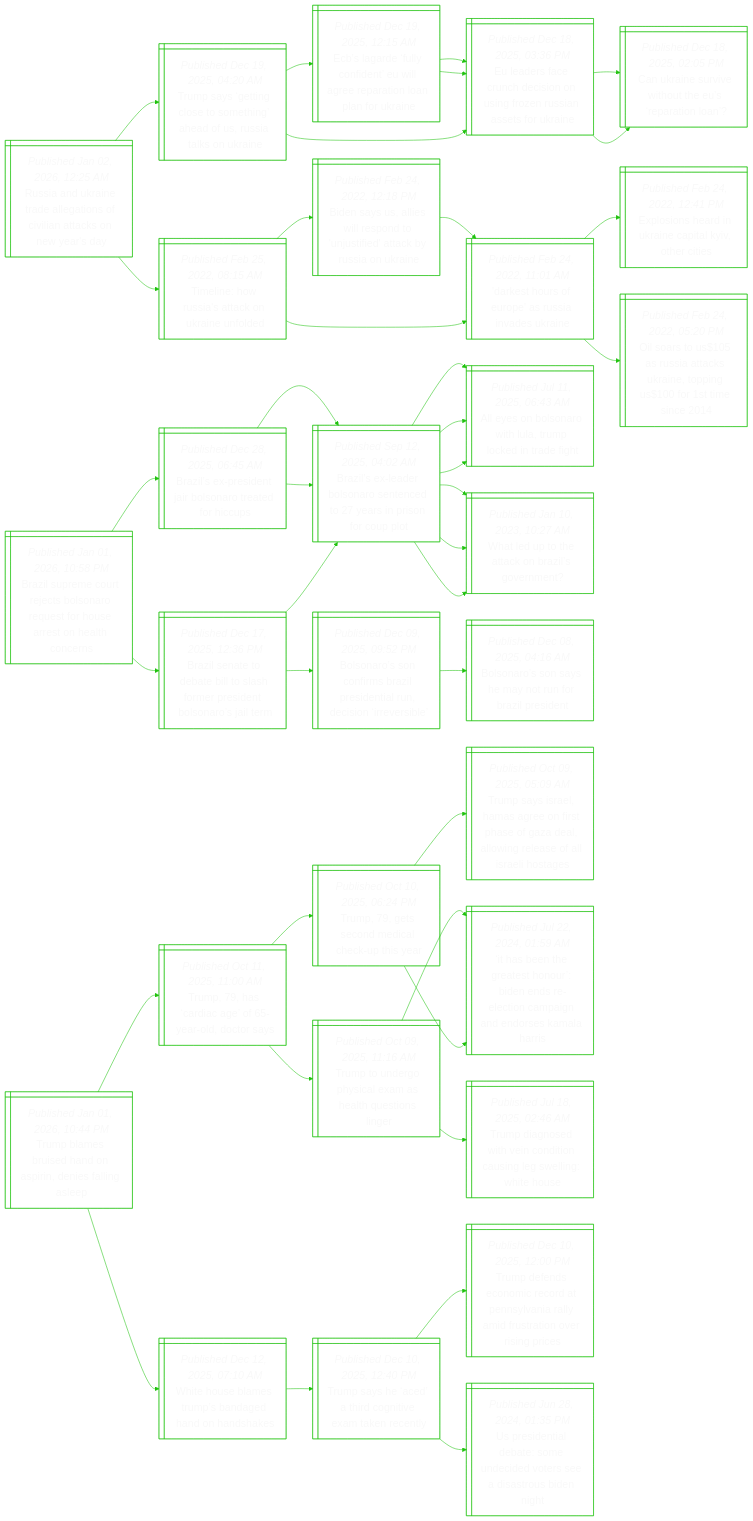
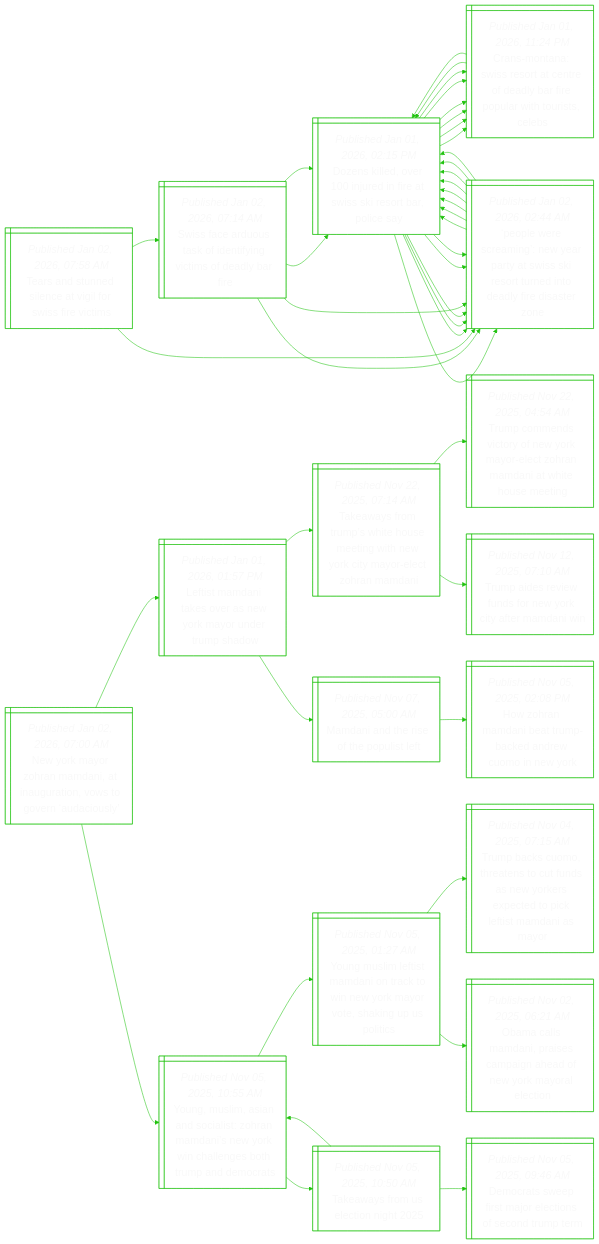
The diagram in README.md (notJmes/notJmes), drawn with Mermaid before and after one commit. The commit also changed other lines of this file, not shown here.

````diff
--- a/README.md
+++ b/README.md
@@ -16,127 +16,139 @@
 flowchart LR
 classDef txtsize font-size:20px;
 
-Rakeegniaanea@{ shape: win-pane, label: "_Published Jan 02, 2026, 12:25 AM_
-Russia and ukraine trade allegations of civilian attacks on new year's day" }
-TsegemnaSikke@{ shape: win-pane, label: "_Published Dec 19, 2025, 04:20 AM_
-Trump says ‘getting close to something’ ahead of us, russia talks on ukraine" }
-EdaueosrRaeri@{ shape: win-pane, label: "_Published Dec 18, 2025, 03:36 PM_
-Eu leaders face crunch decision on using frozen russian assets for ukraine" }
-Crsvhhral@{ shape: win-pane, label: "_Published Dec 18, 2025, 02:05 PM_
-Can ukraine survive without the eu’s ‘reparation loan’?" }
-Crsvhhral@{ shape: win-pane, label: "_Published Dec 18, 2025, 02:05 PM_
-Can ukraine survive without the eu’s ‘reparation loan’?" }
-EaeyiElernpoa@{ shape: win-pane, label: "_Published Dec 19, 2025, 12:15 AM_
-Ecb’s lagarde ‘fully confident’ eu will agree reparation loan plan for ukraine" }
-EdaueosrRaeri@{ shape: win-pane, label: "_Published Dec 18, 2025, 03:36 PM_
-Eu leaders face crunch decision on using frozen russian assets for ukraine" }
-EdaueosrRaeri@{ shape: win-pane, label: "_Published Dec 18, 2025, 03:36 PM_
-Eu leaders face crunch decision on using frozen russian assets for ukraine" }
-Tiwitnifd@{ shape: win-pane, label: "_Published Feb 25, 2022, 08:15 AM_
-Timeline: how russia's attack on ukraine unfolded" }
-DsruasvUn@{ shape: win-pane, label: "_Published Feb 24, 2022, 11:01 AM_
-'darkest hours of europe' as russia invades ukraine" }
-Eshiaalocs@{ shape: win-pane, label: "_Published Feb 24, 2022, 12:41 PM_
-Explosions heard in ukraine capital kyiv, other cities" }
-OaUuakaogrmc@{ shape: win-pane, label: "_Published Feb 24, 2022, 05:20 PM_
-Oil soars to us$105 as russia attacks ukraine, topping us$100 for 1st time since 2014" }
-BsSeloutdcuoa@{ shape: win-pane, label: "_Published Feb 24, 2022, 12:18 PM_
-Biden says us, allies will respond to 'unjustified' attack by russia on ukraine" }
-DsruasvUn@{ shape: win-pane, label: "_Published Feb 24, 2022, 11:01 AM_
-'darkest hours of europe' as russia invades ukraine" }
+Tausciosei@{ shape: win-pane, label: "_Published Jan 02, 2026, 07:58 AM_
+Tears and stunned silence at vigil for swiss fire victims" }
+Sfrsonicodr@{ shape: win-pane, label: "_Published Jan 02, 2026, 07:14 AM_
+Swiss face arduous task of identifying victims of deadly bar fire" }
+Dserrftsebla@{ shape: win-pane, label: "_Published Jan 01, 2026, 02:15 PM_
+Dozens killed, over 100 injured in fire at swiss ski resort bar, police say" }
+CMnsoceaaeltrcs@{ shape: win-pane, label: "_Published Jan 01, 2026, 11:24 PM_
+Crans-montana: swiss resort at centre of deadly bar fire popular with tourists, celebs" }
+Pesmeryiirntdraz@{ shape: win-pane, label: "_Published Jan 02, 2026, 02:44 AM_
+‘people were screaming’: new year party at swiss ski resort turned into deadly fire disaster zone" }
+Pesmeryiirntdraz@{ shape: win-pane, label: "_Published Jan 02, 2026, 02:44 AM_
+‘people were screaming’: new year party at swiss ski resort turned into deadly fire disaster zone" }
+Dserrftsebla@{ shape: win-pane, label: "_Published Jan 01, 2026, 02:15 PM_
+Dozens killed, over 100 injured in fire at swiss ski resort bar, police say" }
+Dserrftsebla@{ shape: win-pane, label: "_Published Jan 01, 2026, 02:15 PM_
+Dozens killed, over 100 injured in fire at swiss ski resort bar, police say" }
+Pesmeryiirntdraz@{ shape: win-pane, label: "_Published Jan 02, 2026, 02:44 AM_
+‘people were screaming’: new year party at swiss ski resort turned into deadly fire disaster zone" }
+Dserrftsebla@{ shape: win-pane, label: "_Published Jan 01, 2026, 02:15 PM_
+Dozens killed, over 100 injured in fire at swiss ski resort bar, police say" }
+CMnsoceaaeltrcs@{ shape: win-pane, label: "_Published Jan 01, 2026, 11:24 PM_
+Crans-montana: swiss resort at centre of deadly bar fire popular with tourists, celebs" }
+Pesmeryiirntdraz@{ shape: win-pane, label: "_Published Jan 02, 2026, 02:44 AM_
+‘people were screaming’: new year party at swiss ski resort turned into deadly fire disaster zone" }
+Dserrftsebla@{ shape: win-pane, label: "_Published Jan 01, 2026, 02:15 PM_
+Dozens killed, over 100 injured in fire at swiss ski resort bar, police say" }
+CMnsoceaaeltrcs@{ shape: win-pane, label: "_Published Jan 01, 2026, 11:24 PM_
+Crans-montana: swiss resort at centre of deadly bar fire popular with tourists, celebs" }
+Pesmeryiirntdraz@{ shape: win-pane, label: "_Published Jan 02, 2026, 02:44 AM_
+‘people were screaming’: new year party at swiss ski resort turned into deadly fire disaster zone" }
 
-Rakeegniaanea:::txtsize --> TsegemnaSikke:::txtsize
-TsegemnaSikke:::txtsize --> EdaueosrRaeri:::txtsize
-EdaueosrRaeri:::txtsize --> Crsvhhral:::txtsize
-EdaueosrRaeri:::txtsize --> Crsvhhral:::txtsize
-TsegemnaSikke:::txtsize --> EaeyiElernpoa:::txtsize
-EaeyiElernpoa:::txtsize --> EdaueosrRaeri:::txtsize
-EaeyiElernpoa:::txtsize --> EdaueosrRaeri:::txtsize
-Rakeegniaanea:::txtsize --> Tiwitnifd:::txtsize
-Tiwitnifd:::txtsize --> DsruasvUn:::txtsize
-DsruasvUn:::txtsize --> Eshiaalocs:::txtsize
-DsruasvUn:::txtsize --> OaUuakaogrmc:::txtsize
-Tiwitnifd:::txtsize --> BsSeloutdcuoa:::txtsize
-BsSeloutdcuoa:::txtsize --> DsruasvUn:::txtsize
+Tausciosei:::txtsize --> Sfrsonicodr:::txtsize
+Sfrsonicodr:::txtsize --> Dserrftsebla:::txtsize
+Dserrftsebla:::txtsize --> CMnsoceaaeltrcs:::txtsize
+Dserrftsebla:::txtsize --> Pesmeryiirntdraz:::txtsize
+Sfrsonicodr:::txtsize --> Pesmeryiirntdraz:::txtsize
+Pesmeryiirntdraz:::txtsize --> Dserrftsebla:::txtsize
+Pesmeryiirntdraz:::txtsize --> Dserrftsebla:::txtsize
+Tausciosei:::txtsize --> Pesmeryiirntdraz:::txtsize
+Pesmeryiirntdraz:::txtsize --> Dserrftsebla:::txtsize
+Dserrftsebla:::txtsize --> CMnsoceaaeltrcs:::txtsize
+Dserrftsebla:::txtsize --> Pesmeryiirntdraz:::txtsize
+Pesmeryiirntdraz:::txtsize --> Dserrftsebla:::txtsize
+Dserrftsebla:::txtsize --> CMnsoceaaeltrcs:::txtsize
+Dserrftsebla:::txtsize --> Pesmeryiirntdraz:::txtsize
 
-BleujBnetorolns@{ shape: win-pane, label: "_Published Jan 01, 2026, 10:58 PM_
-Brazil supreme court rejects bolsonaro request for house arrest on health concerns" }
-BlteBohestost@{ shape: win-pane, label: "_Published Dec 17, 2025, 12:36 PM_
-Brazil senate to debate bill to slash former president  bolsonaro’s jail term" }
-BleBnecyisrp@{ shape: win-pane, label: "_Published Sep 12, 2025, 04:02 AM_
-Brazil’s ex-leader bolsonaro sentenced to 27 years in prison for coup plot" }
-Aeoataperi@{ shape: win-pane, label: "_Published Jul 11, 2025, 06:43 AM_
-All eyes on bolsonaro with lula, trump locked in trade fight" }
-Weotozom@{ shape: win-pane, label: "_Published Jan 10, 2023, 10:27 AM_
-What led up to the attack on brazil’s government?" }
-Bnsnsistuiiel@{ shape: win-pane, label: "_Published Dec 09, 2025, 09:52 PM_
-Bolsonaro’s son confirms brazil presidential run, decision ‘irreversible’" }
-Bnsyarrist@{ shape: win-pane, label: "_Published Dec 08, 2025, 04:16 AM_
-Bolsonaro’s son says he may not run for brazil president" }
-Blreisotru@{ shape: win-pane, label: "_Published Dec 28, 2025, 06:45 AM_
-Brazil’s ex-president jair bolsonaro treated for hiccups" }
-BleBnecyisrp@{ shape: win-pane, label: "_Published Sep 12, 2025, 04:02 AM_
-Brazil’s ex-leader bolsonaro sentenced to 27 years in prison for coup plot" }
-Aeoataperi@{ shape: win-pane, label: "_Published Jul 11, 2025, 06:43 AM_
-All eyes on bolsonaro with lula, trump locked in trade fight" }
-Weotozom@{ shape: win-pane, label: "_Published Jan 10, 2023, 10:27 AM_
-What led up to the attack on brazil’s government?" }
-BleBnecyisrp@{ shape: win-pane, label: "_Published Sep 12, 2025, 04:02 AM_
-Brazil’s ex-leader bolsonaro sentenced to 27 years in prison for coup plot" }
-Aeoataperi@{ shape: win-pane, label: "_Published Jul 11, 2025, 06:43 AM_
-All eyes on bolsonaro with lula, trump locked in trade fight" }
-Weotozom@{ shape: win-pane, label: "_Published Jan 10, 2023, 10:27 AM_
-What led up to the attack on brazil’s government?" }
+Sfrsonicodr@{ shape: win-pane, label: "_Published Jan 02, 2026, 07:14 AM_
+Swiss face arduous task of identifying victims of deadly bar fire" }
+Dserrftsebla@{ shape: win-pane, label: "_Published Jan 01, 2026, 02:15 PM_
+Dozens killed, over 100 injured in fire at swiss ski resort bar, police say" }
+CMnsoceaaeltrcs@{ shape: win-pane, label: "_Published Jan 01, 2026, 11:24 PM_
+Crans-montana: swiss resort at centre of deadly bar fire popular with tourists, celebs" }
+Dserrftsebla@{ shape: win-pane, label: "_Published Jan 01, 2026, 02:15 PM_
+Dozens killed, over 100 injured in fire at swiss ski resort bar, police say" }
+Dserrftsebla@{ shape: win-pane, label: "_Published Jan 01, 2026, 02:15 PM_
+Dozens killed, over 100 injured in fire at swiss ski resort bar, police say" }
+Pesmeryiirntdraz@{ shape: win-pane, label: "_Published Jan 02, 2026, 02:44 AM_
+‘people were screaming’: new year party at swiss ski resort turned into deadly fire disaster zone" }
+Dserrftsebla@{ shape: win-pane, label: "_Published Jan 01, 2026, 02:15 PM_
+Dozens killed, over 100 injured in fire at swiss ski resort bar, police say" }
+Dserrftsebla@{ shape: win-pane, label: "_Published Jan 01, 2026, 02:15 PM_
+Dozens killed, over 100 injured in fire at swiss ski resort bar, police say" }
+Pesmeryiirntdraz@{ shape: win-pane, label: "_Published Jan 02, 2026, 02:44 AM_
+‘people were screaming’: new year party at swiss ski resort turned into deadly fire disaster zone" }
+Dserrftsebla@{ shape: win-pane, label: "_Published Jan 01, 2026, 02:15 PM_
+Dozens killed, over 100 injured in fire at swiss ski resort bar, police say" }
+CMnsoceaaeltrcs@{ shape: win-pane, label: "_Published Jan 01, 2026, 11:24 PM_
+Crans-montana: swiss resort at centre of deadly bar fire popular with tourists, celebs" }
+Pesmeryiirntdraz@{ shape: win-pane, label: "_Published Jan 02, 2026, 02:44 AM_
+‘people were screaming’: new year party at swiss ski resort turned into deadly fire disaster zone" }
+Dserrftsebla@{ shape: win-pane, label: "_Published Jan 01, 2026, 02:15 PM_
+Dozens killed, over 100 injured in fire at swiss ski resort bar, police say" }
+CMnsoceaaeltrcs@{ shape: win-pane, label: "_Published Jan 01, 2026, 11:24 PM_
+Crans-montana: swiss resort at centre of deadly bar fire popular with tourists, celebs" }
+Pesmeryiirntdraz@{ shape: win-pane, label: "_Published Jan 02, 2026, 02:44 AM_
+‘people were screaming’: new year party at swiss ski resort turned into deadly fire disaster zone" }
 
-BleujBnetorolns:::txtsize --> BlteBohestost:::txtsize
-BlteBohestost:::txtsize --> BleBnecyisrp:::txtsize
-BleBnecyisrp:::txtsize --> Aeoataperi:::txtsize
-BleBnecyisrp:::txtsize --> Weotozom:::txtsize
-BlteBohestost:::txtsize --> Bnsnsistuiiel:::txtsize
-Bnsnsistuiiel:::txtsize --> Bnsyarrist:::txtsize
-BleujBnetorolns:::txtsize --> Blreisotru:::txtsize
-Blreisotru:::txtsize --> BleBnecyisrp:::txtsize
-BleBnecyisrp:::txtsize --> Aeoataperi:::txtsize
-BleBnecyisrp:::txtsize --> Weotozom:::txtsize
-Blreisotru:::txtsize --> BleBnecyisrp:::txtsize
-BleBnecyisrp:::txtsize --> Aeoataperi:::txtsize
-BleBnecyisrp:::txtsize --> Weotozom:::txtsize
+Sfrsonicodr:::txtsize --> Dserrftsebla:::txtsize
+Dserrftsebla:::txtsize --> CMnsoceaaeltrcs:::txtsize
+CMnsoceaaeltrcs:::txtsize --> Dserrftsebla:::txtsize
+CMnsoceaaeltrcs:::txtsize --> Dserrftsebla:::txtsize
+Dserrftsebla:::txtsize --> Pesmeryiirntdraz:::txtsize
+Pesmeryiirntdraz:::txtsize --> Dserrftsebla:::txtsize
+Pesmeryiirntdraz:::txtsize --> Dserrftsebla:::txtsize
+Sfrsonicodr:::txtsize --> Pesmeryiirntdraz:::txtsize
+Pesmeryiirntdraz:::txtsize --> Dserrftsebla:::txtsize
+Dserrftsebla:::txtsize --> CMnsoceaaeltrcs:::txtsize
+Dserrftsebla:::txtsize --> Pesmeryiirntdraz:::txtsize
+Pesmeryiirntdraz:::txtsize --> Dserrftsebla:::txtsize
+Dserrftsebla:::txtsize --> CMnsoceaaeltrcs:::txtsize
+Dserrftsebla:::txtsize --> Pesmeryiirntdraz:::txtsize
 
-Tbssnsnels@{ shape: win-pane, label: "_Published Jan 01, 2026, 10:44 PM_
-Trump blames bruised hand on aspirin, denies falling asleep" }
-Thraylty@{ shape: win-pane, label: "_Published Oct 11, 2025, 11:00 AM_
-Trump, 79, has ‘cardiac age’ of 65-year-old, doctor says" }
-Tgemacha@{ shape: win-pane, label: "_Published Oct 10, 2025, 06:24 PM_
-Trump, 79, gets second medical check-up this year" }
-TssHaossaaorslaoe@{ shape: win-pane, label: "_Published Oct 09, 2025, 05:09 AM_
-Trump says israel, hamas agree on first phase of gaza deal, allowing release of all israeli hostages" }
-IbhahrnrccidraHs@{ shape: win-pane, label: "_Published Jul 22, 2024, 01:59 AM_
-‘it has been the greatest honour’: biden ends re-election campaign and endorses kamala harris" }
-Ttehamauon@{ shape: win-pane, label: "_Published Oct 09, 2025, 11:16 AM_
-Trump to undergo physical exam as health questions linger" }
-Tdoiidniglho@{ shape: win-pane, label: "_Published Jul 18, 2025, 02:46 AM_
-Trump diagnosed with vein condition causing leg swelling: white house" }
-IbhahrnrccidraHs@{ shape: win-pane, label: "_Published Jul 22, 2024, 01:59 AM_
-‘it has been the greatest honour’: biden ends re-election campaign and endorses kamala harris" }
-WHbspdhnss@{ shape: win-pane, label: "_Published Dec 12, 2025, 07:10 AM_
-White house blames trump’s bandaged hand on handshakes" }
-Tseadieael@{ shape: win-pane, label: "_Published Dec 10, 2025, 12:40 PM_
-Trump says he ‘aced’ a third cognitive exam taken recently" }
-Tddnrdnvraraoips@{ shape: win-pane, label: "_Published Dec 10, 2025, 12:00 PM_
-Trump defends economic record at pennsylvania rally amid frustration over rising prices" }
-UsteSndtesodg@{ shape: win-pane, label: "_Published Jun 28, 2024, 01:35 PM_
-Us presidential debate: some undecided voters see a disastrous biden night" }
+Nrormautogncl@{ shape: win-pane, label: "_Published Jan 02, 2026, 07:00 AM_
+New york mayor zohran mamdani, at inauguration, vows to govern ‘audaciously’" }
+LsdavNroemd@{ shape: win-pane, label: "_Published Jan 01, 2026, 01:57 PM_
+Leftist mamdani takes over as new york mayor under trump shadow" }
+TwruhoegNryrtad@{ shape: win-pane, label: "_Published Nov 22, 2025, 07:14 AM_
+Takeaways from trump’s white house meeting with new york city mayor-elect zohran mamdani" }
+TcncoYaloMnhoeg@{ shape: win-pane, label: "_Published Nov 22, 2025, 04:54 AM_
+Trump commends victory of new york mayor-elect zohran mamdani at white house meeting" }
+TarwsekaMn@{ shape: win-pane, label: "_Published Nov 12, 2025, 07:10 AM_
+Trump aides review funds for new york city after mamdani win" }
+Mntshul@{ shape: win-pane, label: "_Published Nov 07, 2025, 05:00 AM_
+Mamdani and the rise of the populist left" }
+HhaiTbdemek@{ shape: win-pane, label: "_Published Nov 05, 2025, 02:08 PM_
+How zohran mamdani beat trump-backed andrew cuomo in new york" }
+YMmnoihaiYilehpea@{ shape: win-pane, label: "_Published Nov 05, 2025, 10:55 AM_
+Young, muslim, asian and socialist: zohran mamdani’s new york win challenges both trump and democrats" }
+YMmimociYaoauoc@{ shape: win-pane, label: "_Published Nov 05, 2025, 01:27 AM_
+Young muslim leftist mamdani on track to win new york mayor vote, shaking up us politics" }
+TbCttousoscolsdsr@{ shape: win-pane, label: "_Published Nov 04, 2025, 07:15 AM_
+Trump backs cuomo, threatens to cut funds as new yorkers expected to pick leftist mamdani as mayor" }
+OcMniagaekren@{ shape: win-pane, label: "_Published Nov 02, 2025, 06:21 AM_
+Obama calls mamdani, praises campaign ahead of new york mayoral election" }
+Twreig@{ shape: win-pane, label: "_Published Nov 05, 2025, 10:50 AM_
+Takeaways from us election night 2025" }
+YMmnoihaiYilehpea@{ shape: win-pane, label: "_Published Nov 05, 2025, 10:55 AM_
+Young, muslim, asian and socialist: zohran mamdani’s new york win challenges both trump and democrats" }
+Drwialosdp@{ shape: win-pane, label: "_Published Nov 05, 2025, 09:46 AM_
+Democrats sweep first major elections of second trump term" }
 
-Tbssnsnels:::txtsize --> Thraylty:::txtsize
-Thraylty:::txtsize --> Tgemacha:::txtsize
-Tgemacha:::txtsize --> TssHaossaaorslaoe:::txtsize
-Tgemacha:::txtsize --> IbhahrnrccidraHs:::txtsize
-Thraylty:::txtsize --> Ttehamauon:::txtsize
-Ttehamauon:::txtsize --> Tdoiidniglho:::txtsize
-Ttehamauon:::txtsize --> IbhahrnrccidraHs:::txtsize
-Tbssnsnels:::txtsize --> WHbspdhnss:::txtsize
-WHbspdhnss:::txtsize --> Tseadieael:::txtsize
-Tseadieael:::txtsize --> Tddnrdnvraraoips:::txtsize
-Tseadieael:::txtsize --> UsteSndtesodg:::txtsize
+Nrormautogncl:::txtsize --> LsdavNroemd:::txtsize
+LsdavNroemd:::txtsize --> TwruhoegNryrtad:::txtsize
+TwruhoegNryrtad:::txtsize --> TcncoYaloMnhoeg:::txtsize
+TwruhoegNryrtad:::txtsize --> TarwsekaMn:::txtsize
+LsdavNroemd:::txtsize --> Mntshul:::txtsize
+Mntshul:::txtsize --> HhaiTbdemek:::txtsize
+Nrormautogncl:::txtsize --> YMmnoihaiYilehpea:::txtsize
+YMmnoihaiYilehpea:::txtsize --> YMmimociYaoauoc:::txtsize
+YMmimociYaoauoc:::txtsize --> TbCttousoscolsdsr:::txtsize
+YMmimociYaoauoc:::txtsize --> OcMniagaekren:::txtsize
+YMmnoihaiYilehpea:::txtsize --> Twreig:::txtsize
+Twreig:::txtsize --> YMmnoihaiYilehpea:::txtsize
+Twreig:::txtsize --> Drwialosdp:::txtsize
 
 ```
````
